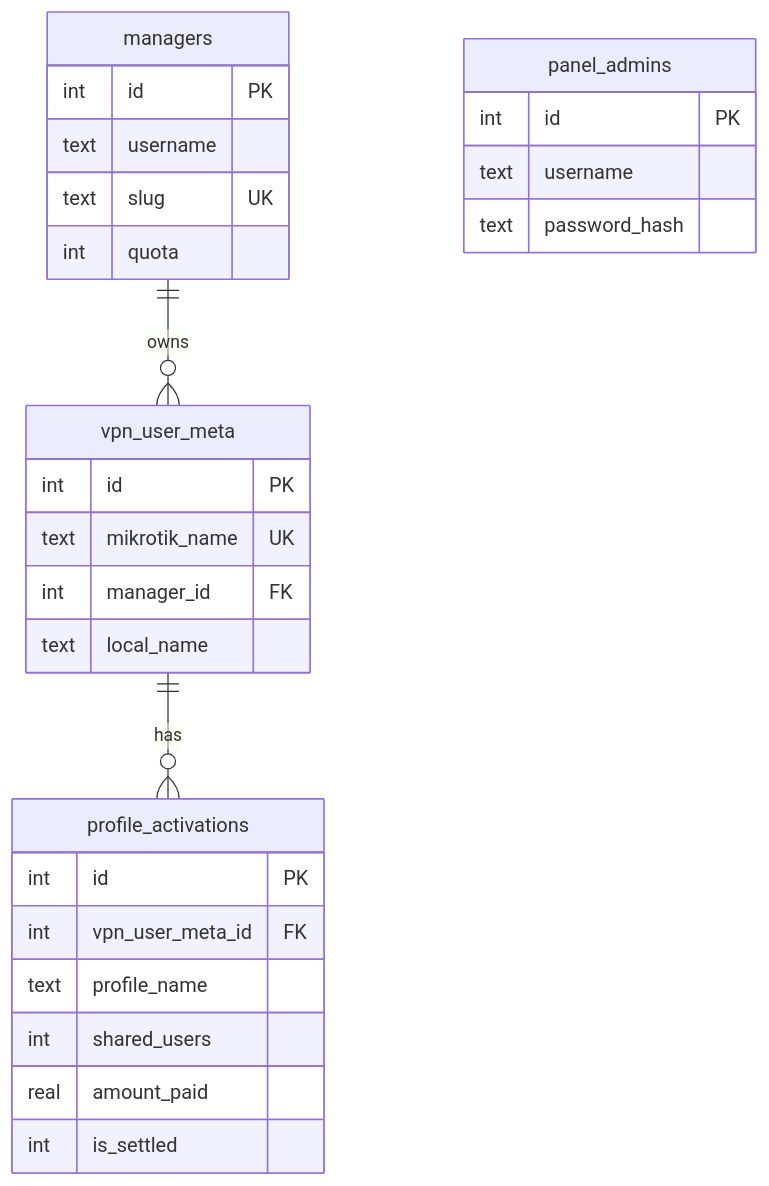
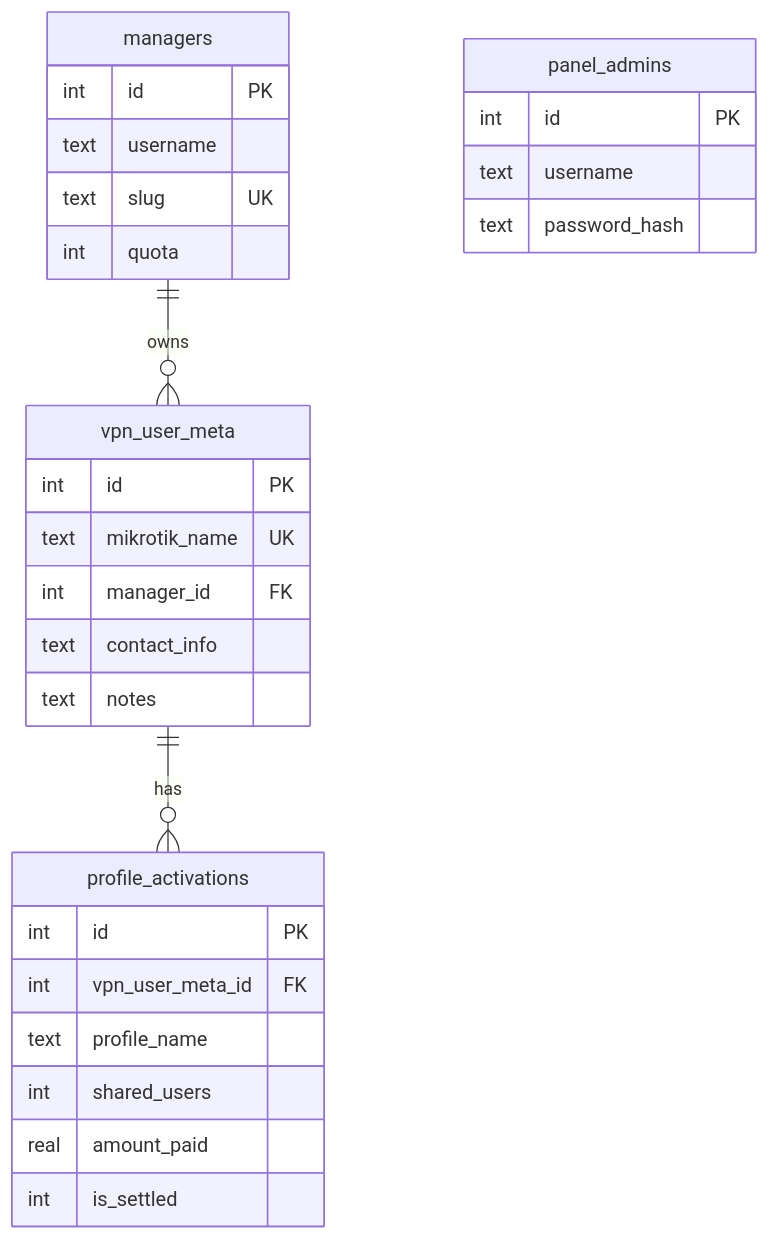
One commit to h-nargesi/Fast-Bypass changed the diagram in docs/data-model.md. Above: the diagram before and after it, drawn with Mermaid. The commit also changed other lines of this file and 43 other files, not shown here.

````diff
--- a/docs/data-model.md
+++ b/docs/data-model.md
@@ -5,30 +5,31 @@
 ```mermaid
 erDiagram
   managers ||--o{ vpn_user_meta : owns
   vpn_user_meta ||--o{ profile_activations : has
   panel_admins {
     int id PK
     text username
     text password_hash
   }
   managers {
     int id PK
     text username
     text slug UK
     int quota
   }
   vpn_user_meta {
     int id PK
     text mikrotik_name UK
     int manager_id FK
-    text local_name
+    text contact_info
+    text notes
   }
   profile_activations {
     int id PK
     int vpn_user_meta_id FK
     text profile_name
     int shared_users
     real amount_paid
     int is_settled
   }
 ```
````
